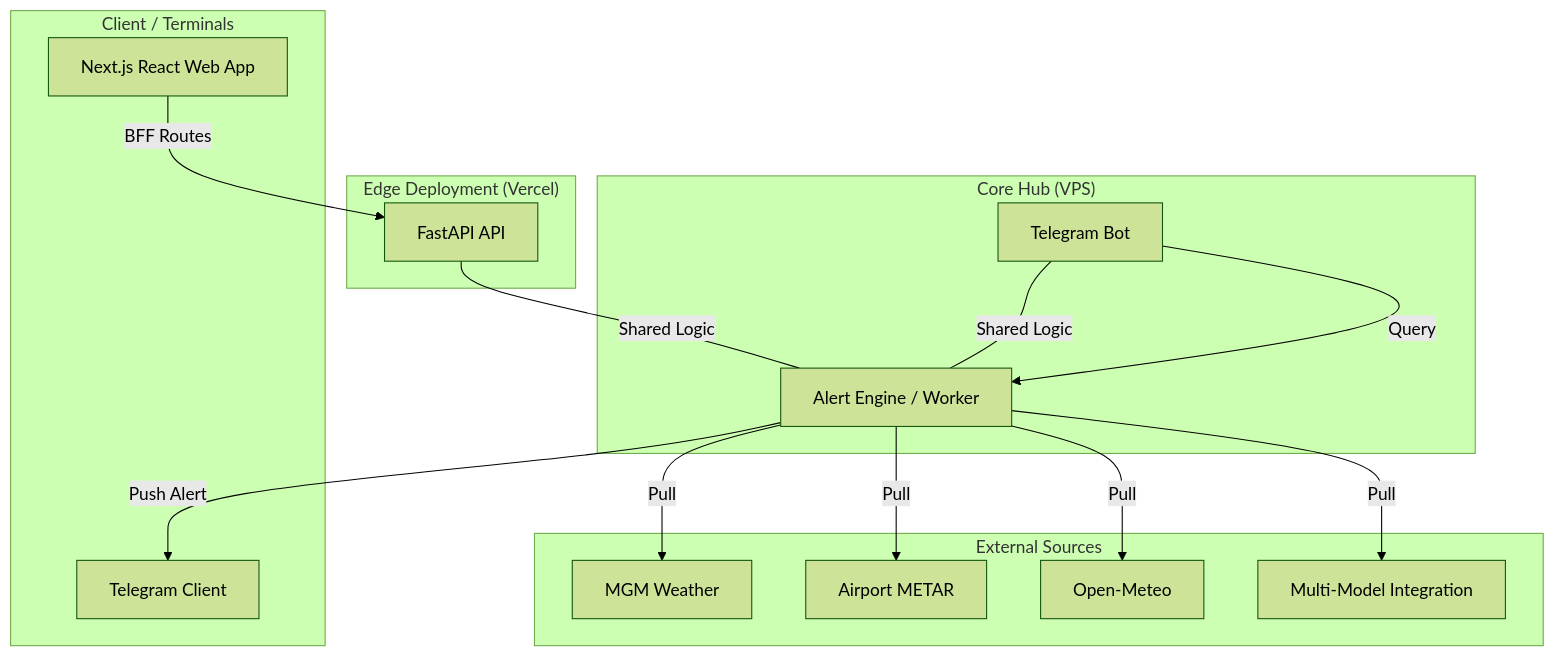
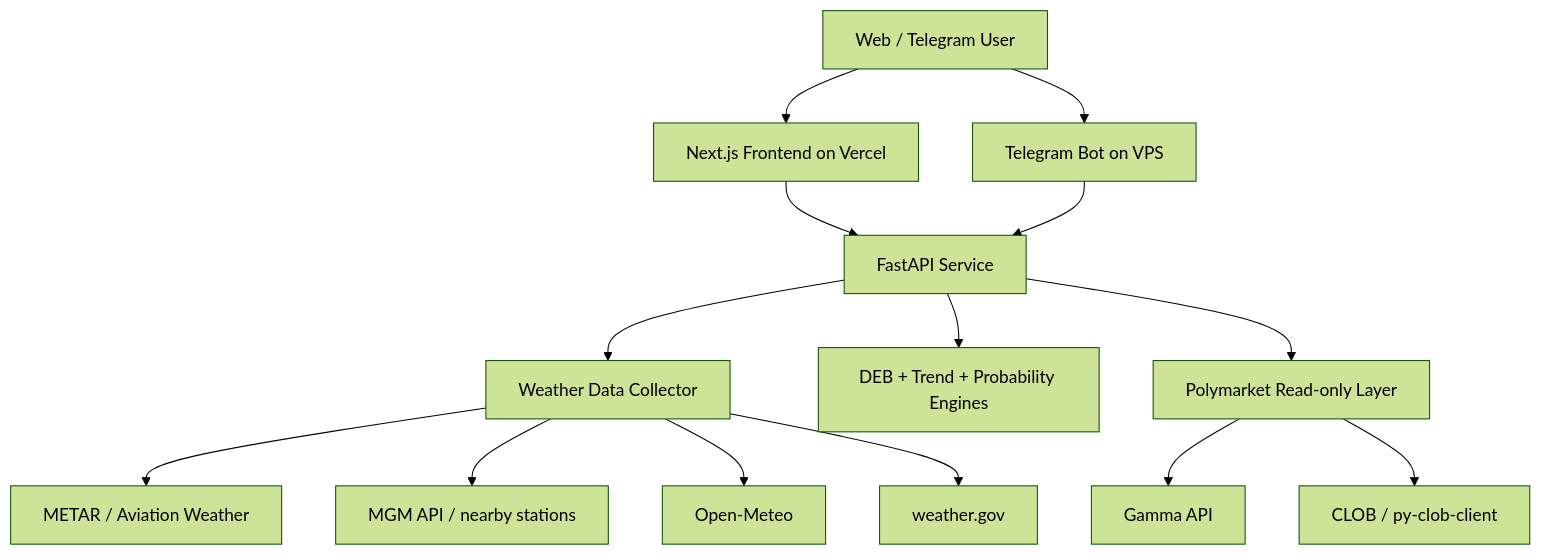
One commit to ivanmladek/PolyWeather changed the second of 2 diagrams in README.md. Above: the diagram before and after it, drawn with Mermaid (forest theme). The commit also changed other lines of this file and 5 other files, not shown here.

````diff
--- a/README.md
+++ b/README.md
@@ -95,26 +47,18 @@
 ```mermaid
 graph TD
-    subgraph "Client / Terminals"
-        Web[Next.js React Web App]
-        TG[Telegram Client]
-    end
+    User[Web / Telegram User] --> FE[Next.js Frontend on Vercel]
+    User --> Bot[Telegram Bot on VPS]
+    FE --> API[FastAPI Service]
+    Bot --> API
 
-    subgraph "Edge Deployment (Vercel)"
-        Web --> |BFF Routes| Fast[FastAPI API]
-    end
+    API --> WX[Weather Data Collector]
+    WX --> METAR[METAR / Aviation Weather]
+    WX --> MGM[MGM API / nearby stations]
+    WX --> OM[Open-Meteo]
+    WX --> NWS[weather.gov]
 
-    subgraph "Core Hub (VPS)"
-        Fast --- |Shared Logic| Worker[Alert Engine / Worker]
-        Bot[Telegram Bot] --- |Shared Logic| Worker
-    end
-
-    subgraph "External Sources"
-        Worker --> |Pull| MGM[MGM Weather]
-        Worker --> |Pull| METAR[Airport METAR]
-        Worker --> |Pull| OM[Open-Meteo]
-        Worker --> |Pull| MM[Multi-Model Integration]
-    end
-
-    Worker --> |Push Alert| TG
-    Bot --> |Query| Worker
+    API --> DEB[DEB + Trend + Probability Engines]
+    API --> PM[Polymarket Read-only Layer]
+    PM --> Gamma[Gamma API]
+    PM --> CLOB[CLOB / py-clob-client]
 ```
````
